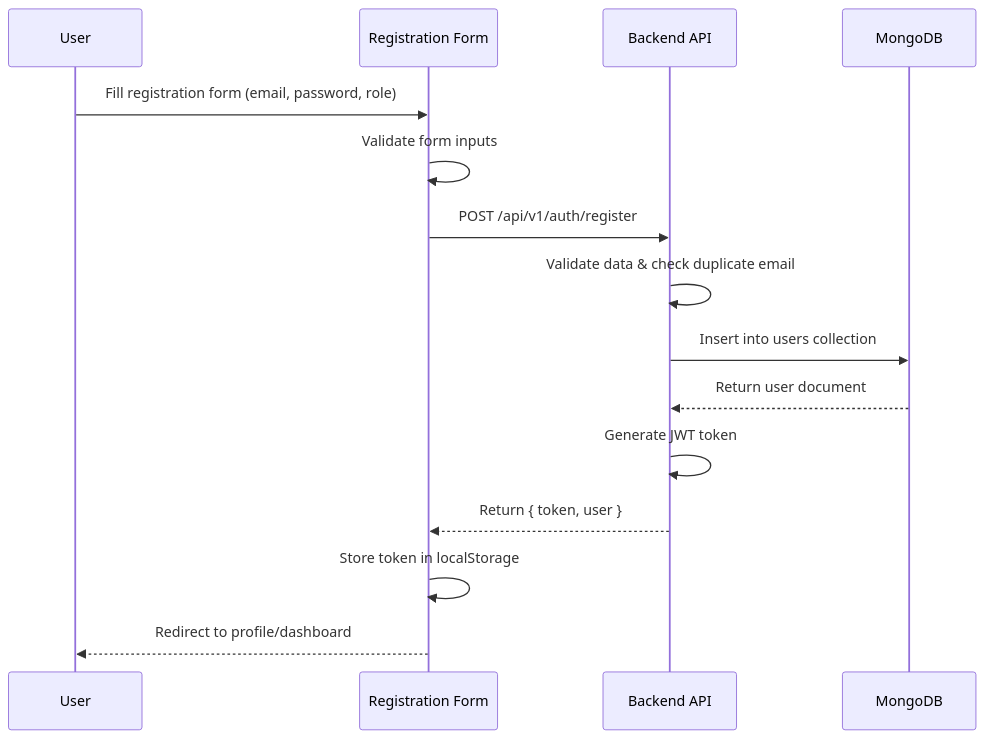
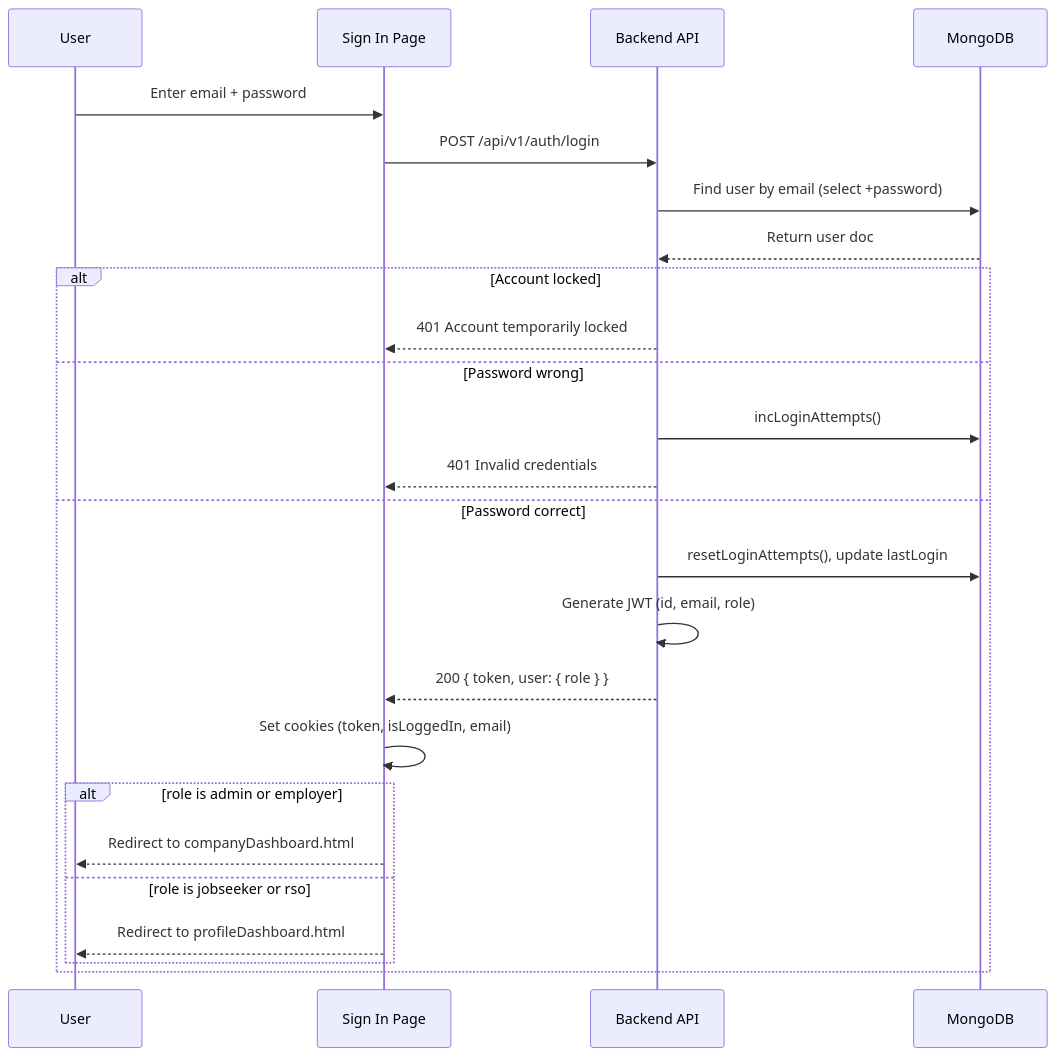
Before and after one commit to Team-Kaizen-MMDC/mmdc-wst: the first of 6 diagrams in docs/DATABASE_PLAN.md, drawn with Mermaid. The commit also changed other lines of this file, not shown here.

Commit message:
Implement feature X to enhance user experience and optimize performance

````diff
--- a/docs/DATABASE_PLAN.md
+++ b/docs/DATABASE_PLAN.md
@@ -672,18 +519,29 @@
 ```mermaid
 sequenceDiagram
     participant User
-    participant UI as Registration Form
+    participant UI as Sign In Page
     participant API as Backend API
     participant DB as MongoDB
 
-    User->>UI: Fill registration form (email, password, role)
-    UI->>UI: Validate form inputs
-    UI->>API: POST /api/v1/auth/register
-    API->>API: Validate data & check duplicate email
-    API->>DB: Insert into users collection
-    DB-->>API: Return user document
-    API->>API: Generate JWT token
-    API-->>UI: Return { token, user }
-    UI->>UI: Store token in localStorage
-    UI-->>User: Redirect to profile/dashboard
+    User->>UI: Enter email + password
+    UI->>API: POST /api/v1/auth/login
+    API->>DB: Find user by email (select +password)
+    DB-->>API: Return user doc
+
+    alt Account locked
+        API-->>UI: 401 Account temporarily locked
+    else Password wrong
+        API->>DB: incLoginAttempts()
+        API-->>UI: 401 Invalid credentials
+    else Password correct
+        API->>DB: resetLoginAttempts(), update lastLogin
+        API->>API: Generate JWT (id, email, role)
+        API-->>UI: 200 { token, user: { role } }
+        UI->>UI: Set cookies (token, isLoggedIn, email)
+        alt role is admin or employer
+            UI-->>User: Redirect to companyDashboard.html
+        else role is jobseeker or rso
+            UI-->>User: Redirect to profileDashboard.html
+        end
+    end
 ```
````
